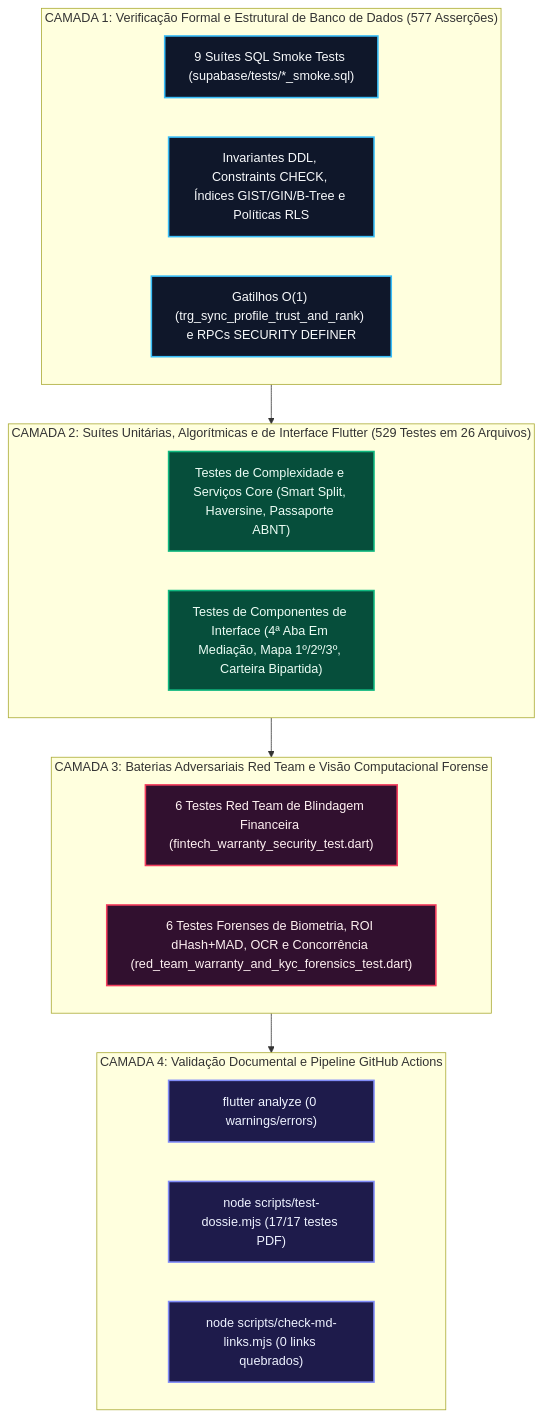
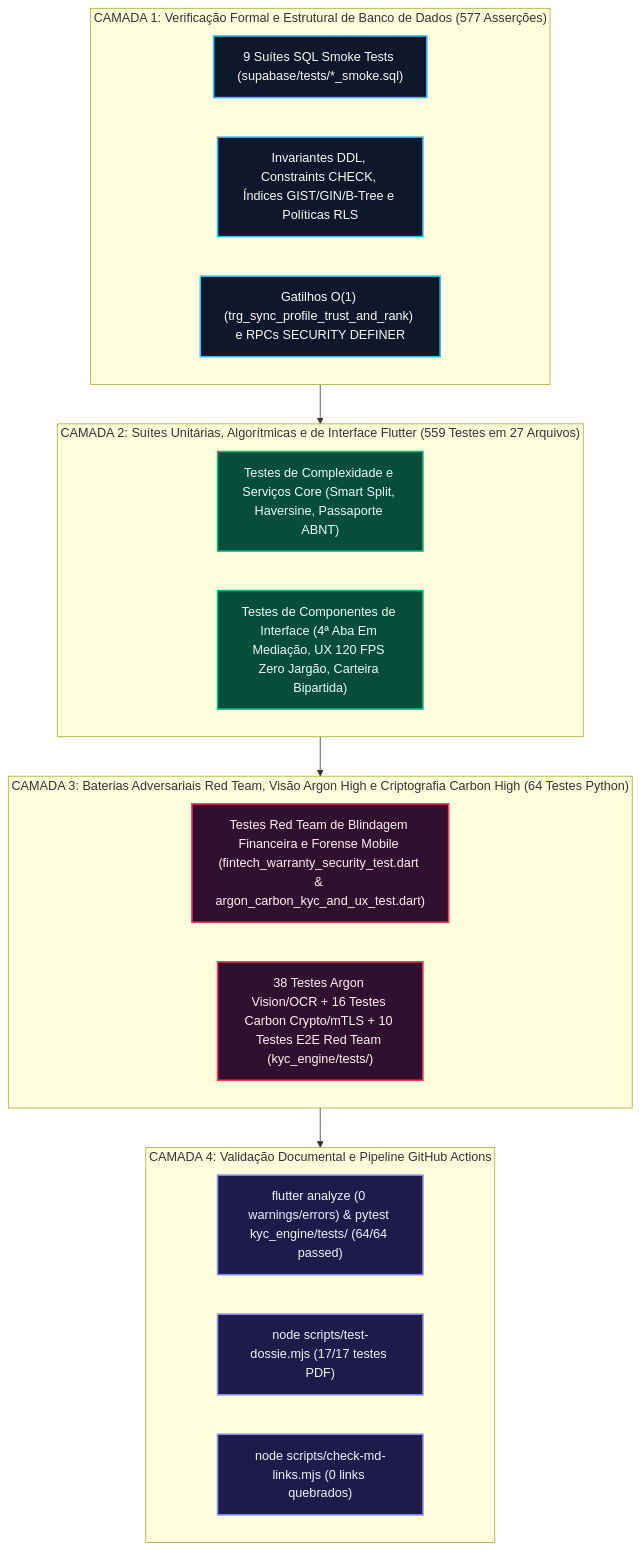
Before and after one commit to WagnerxOliveira/DesperrengueApp_TAI3: the diagram in docs/TESTING.md, drawn with Mermaid. The commit also changed other lines of this file and 6 other files, not shown here.

Commit message:
test(kyc-e2e),docs(adr-0021): add 10 E2E Red Team tests and update scientific documentation for Argon+Carbon Zero-Trust KYC

````diff
--- a/docs/TESTING.md
+++ b/docs/TESTING.md
@@ -13,31 +13,31 @@
 ```mermaid
 flowchart TB
     classDef sql fill:#0F172A,stroke:#38BDF8,stroke-width:2px,color:#F8FAFC;
     classDef dart fill:#064E3B,stroke:#10B981,stroke-width:2px,color:#ECFDF5;
     classDef red fill:#31102F,stroke:#F43F5E,stroke-width:2px,color:#FFF1F2;
     classDef gate fill:#1E1B4B,stroke:#818CF8,stroke-width:2px,color:#EEF2FF;
 
     subgraph L1["CAMADA 1: Verificação Formal e Estrutural de Banco de Dados (577 Asserções)"]
         S1["9 Suítes SQL Smoke Tests (supabase/tests/*_smoke.sql)"]:::sql
         S2["Invariantes DDL, Constraints CHECK, Índices GIST/GIN/B-Tree e Políticas RLS"]:::sql
         S3["Gatilhos O(1) (trg_sync_profile_trust_and_rank) e RPCs SECURITY DEFINER"]:::sql
     end
 
-    subgraph L2["CAMADA 2: Suítes Unitárias, Algorítmicas e de Interface Flutter (529 Testes em 26 Arquivos)"]
+    subgraph L2["CAMADA 2: Suítes Unitárias, Algorítmicas e de Interface Flutter (559 Testes em 27 Arquivos)"]
         D1["Testes de Complexidade e Serviços Core (Smart Split, Haversine, Passaporte ABNT)"]:::dart
-        D2["Testes de Componentes de Interface (4ª Aba Em Mediação, Mapa 1º/2º/3º, Carteira Bipartida)"]:::dart
+        D2["Testes de Componentes de Interface (4ª Aba Em Mediação, UX 120 FPS Zero Jargão, Carteira Bipartida)"]:::dart
     end
 
-    subgraph L3["CAMADA 3: Baterias Adversariais Red Team e Visão Computacional Forense"]
-        R1["6 Testes Red Team de Blindagem Financeira (fintech_warranty_security_test.dart)"]:::red
-        R2["6 Testes Forenses de Biometria, ROI dHash+MAD, OCR e Concorrência (red_team_warranty_and_kyc_forensics_test.dart)"]:::red
+    subgraph L3["CAMADA 3: Baterias Adversariais Red Team, Visão Argon High e Criptografia Carbon High (64 Testes Python)"]
+        R1["Testes Red Team de Blindagem Financeira e Forense Mobile (fintech_warranty_security_test.dart & argon_carbon_kyc_and_ux_test.dart)"]:::red
+        R2["38 Testes Argon Vision/OCR + 16 Testes Carbon Crypto/mTLS + 10 Testes E2E Red Team (kyc_engine/tests/)"]:::red
     end
 
     subgraph L4["CAMADA 4: Validação Documental e Pipeline GitHub Actions"]
-        G1["flutter analyze (0 warnings/errors)"]:::gate
+        G1["flutter analyze (0 warnings/errors) & pytest kyc_engine/tests/ (64/64 passed)"]:::gate
         G2["node scripts/test-dossie.mjs (17/17 testes PDF)"]:::gate
         G3["node scripts/check-md-links.mjs (0 links quebrados)"]:::gate
     end
 
     L1 --> L2 --> L3 --> L4
 ```
````
